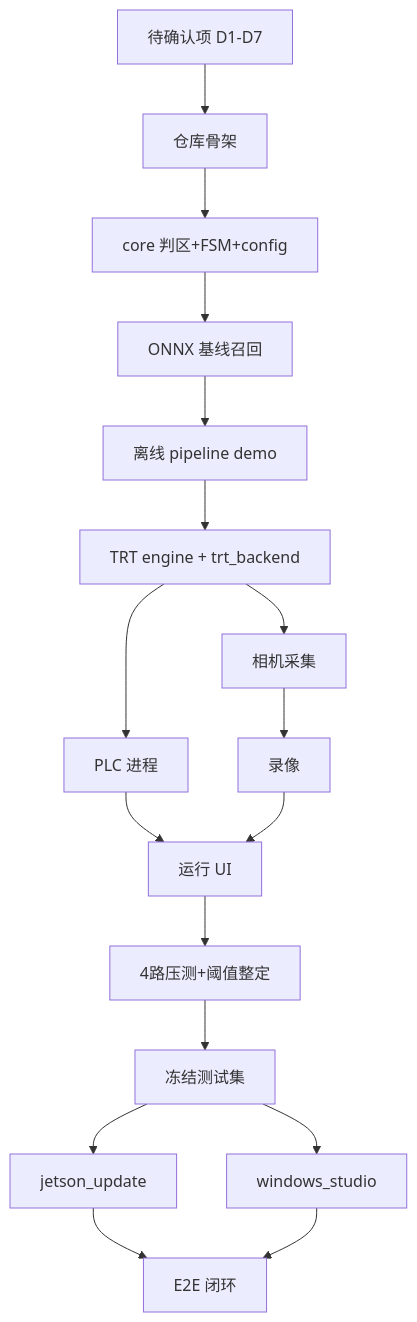
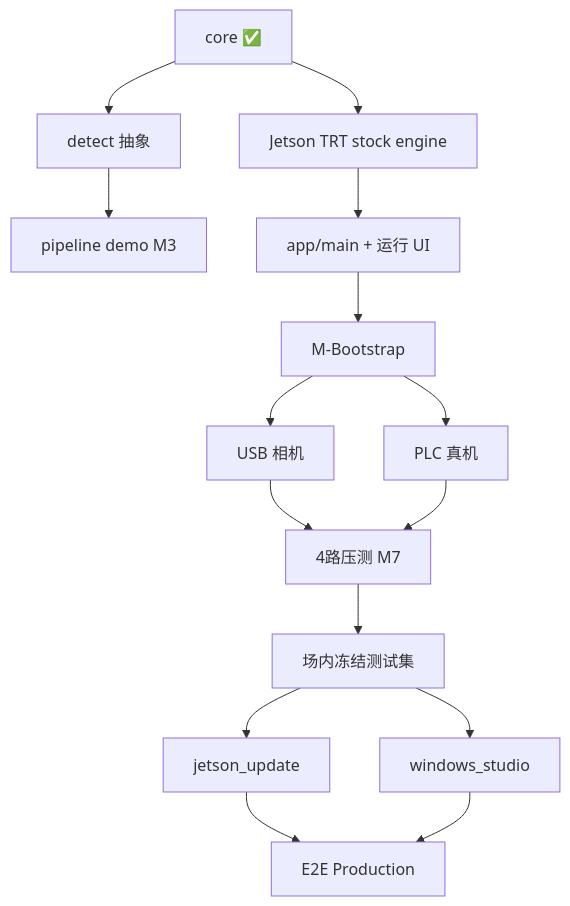
One commit to SamhandsomeLee/SafetyZone changed the diagram in docs/安全区入侵检测系统_执行方案.md. Above: the diagram before and after it, drawn with Mermaid. The commit also changed other lines of this file and 3 other files, not shown here.

First line of the commit message:
docs: 修订 Bootstrap 策略与 Jetson 全 UI 验证路线

````diff
--- a/docs/安全区入侵检测系统_执行方案.md
+++ b/docs/安全区入侵检测系统_执行方案.md
@@ -425,19 +291,17 @@
 ```mermaid
 flowchart TD
-    D[待确认项 D1-D7] --> S0[仓库骨架]
-    S0 --> C1[core 判区+FSM+config]
-    C1 --> C2[ONNX 基线召回]
-    C2 --> C3[离线 pipeline demo]
-    C3 --> J1[TRT engine + trt_backend]
-    J1 --> J2[相机采集]
-    J1 --> J3[PLC 进程]
-    J2 --> J4[录像]
-    J3 --> J5[运行 UI]
-    J4 --> J5
-    J5 --> J6[4路压测+阈值整定]
-    J6 --> T0[冻结测试集]
+    C1[core ✅] --> C2[detect 抽象]
+    C2 --> C3[pipeline demo M3]
+    C1 --> B1[Jetson TRT stock engine]
+    B1 --> B2[app/main + 运行 UI]
+    B2 --> MB[M-Bootstrap]
+    MB --> J2[USB 相机]
+    MB --> J3[PLC 真机]
+    J2 --> J6[4路压测 M7]
+    J3 --> J6
+    J6 --> T0[场内冻结测试集]
     T0 --> T1[jetson_update]
     T0 --> T2[windows_studio]
-    T1 --> E2E[E2E 闭环]
+    T1 --> E2E[E2E Production]
     T2 --> E2E
 ```
````
